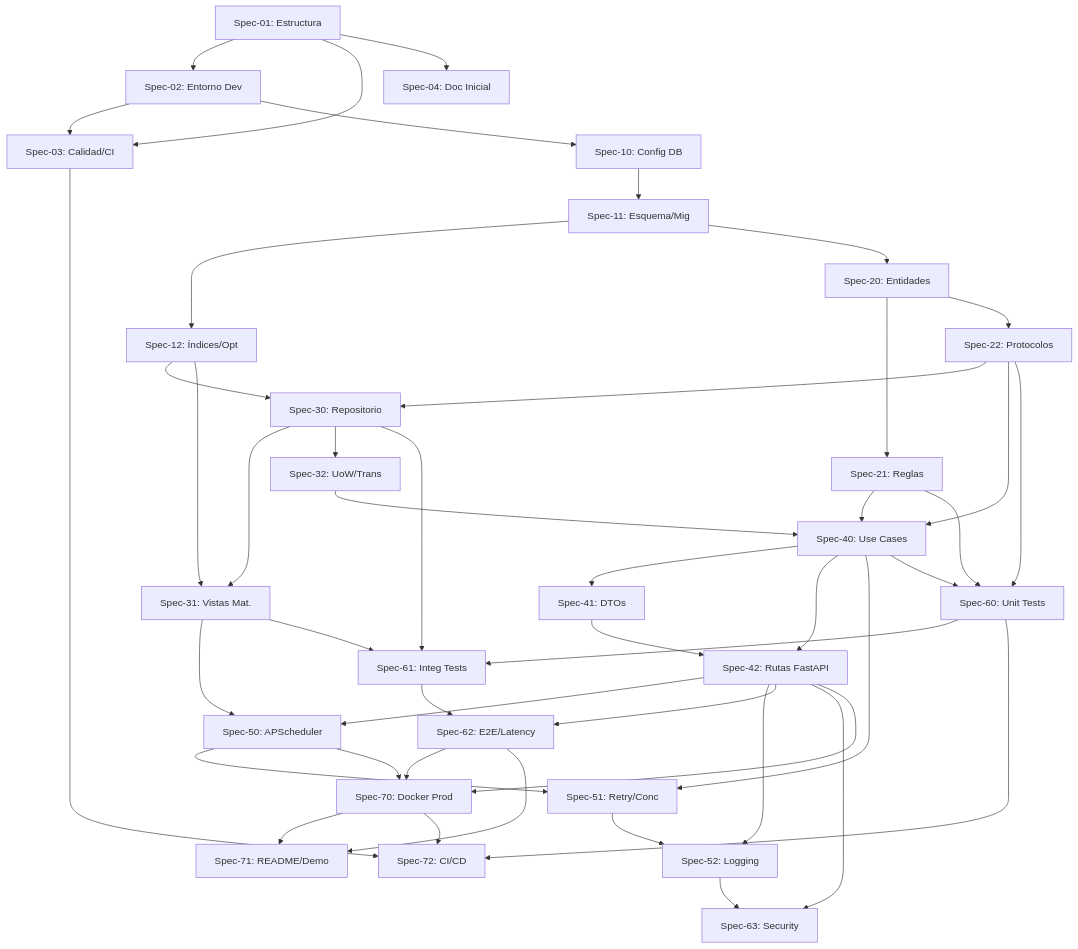
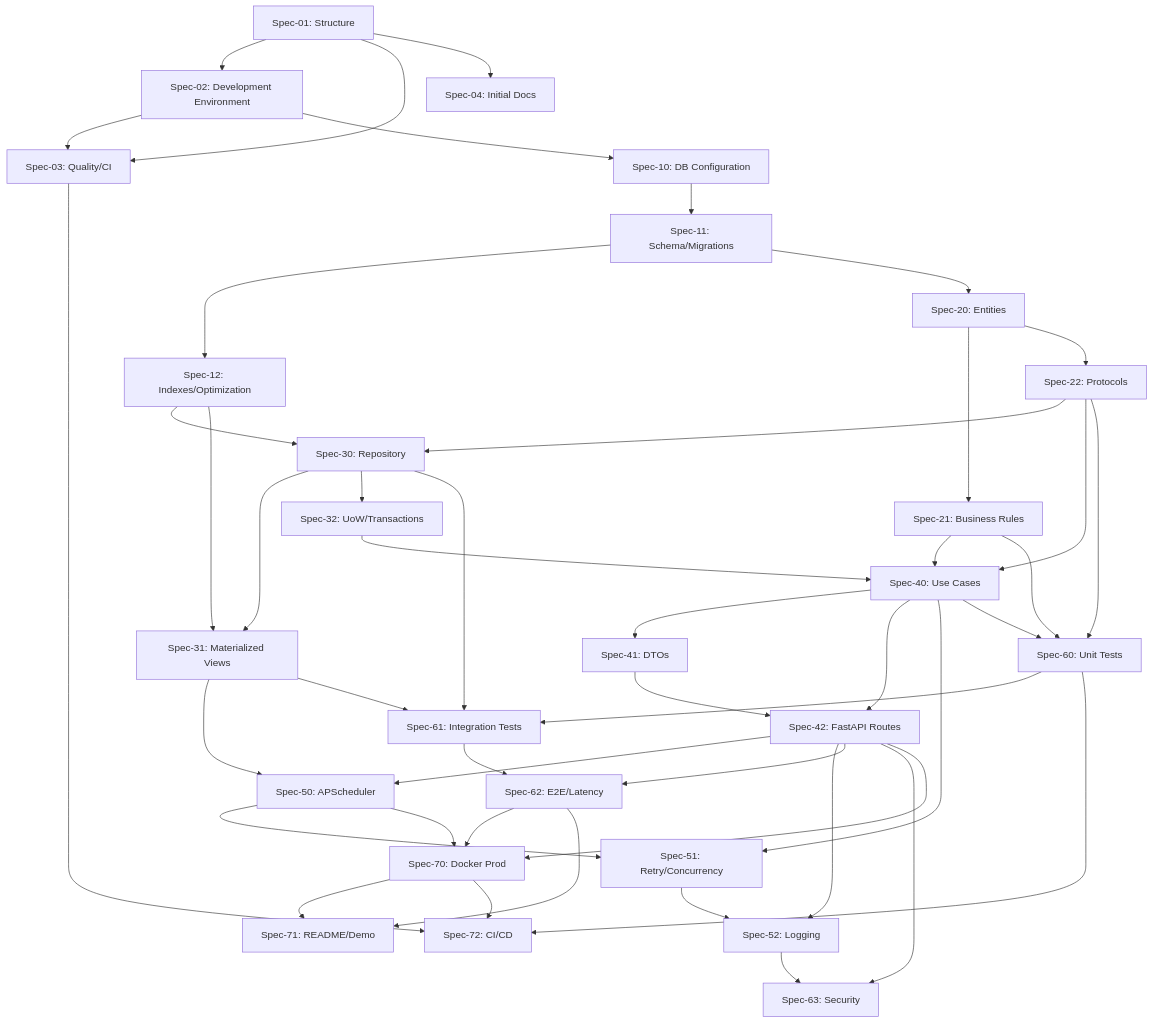
One commit to Fisherk2/esquema-stock-historial changed the diagram in docs/workflow/dependency-graphs.md. Above: the diagram before and after it, drawn with Mermaid. The commit also changed other lines of this file and 44 other files, not shown here.

````diff
--- a/docs/workflow/dependency-graphs.md
+++ b/docs/workflow/dependency-graphs.md
@@ -3,48 +3,48 @@
 ```mermaid
 graph TD
-    %% F0: Preparación
-    S01[Spec-01: Estructura]
-    S02[Spec-02: Entorno Dev]
-    S03[Spec-03: Calidad/CI]
-    S04[Spec-04: Doc Inicial]
+    %% F0: Preparation
+    S01[Spec-01: Structure]
+    S02[Spec-02: Development Environment]
+    S03[Spec-03: Quality/CI]
+    S04[Spec-04: Initial Docs]
 
-    %% F1: Infraestructura
-    S10[Spec-10: Config DB]
-    S11[Spec-11: Esquema/Mig]
-    S12[Spec-12: Índices/Opt]
+    %% F1: Infrastructure
+    S10[Spec-10: DB Configuration]
+    S11[Spec-11: Schema/Migrations]
+    S12[Spec-12: Indexes/Optimization]
 
-    %% F2: Núcleo
-    S20[Spec-20: Entidades]
-    S21[Spec-21: Reglas]
-    S22[Spec-22: Protocolos]
+    %% F2: Core
+    S20[Spec-20: Entities]
+    S21[Spec-21: Business Rules]
+    S22[Spec-22: Protocols]
 
-    %% F3: Adaptadores
-    S30[Spec-30: Repositorio]
-    S31[Spec-31: Vistas Mat.]
-    S32[Spec-32: UoW/Trans]
+    %% F3: Adapters
+    S30[Spec-30: Repository]
+    S31[Spec-31: Materialized Views]
+    S32[Spec-32: UoW/Transactions]
 
     %% F4: API
     S40[Spec-40: Use Cases]
     S41[Spec-41: DTOs]
-    S42[Spec-42: Rutas FastAPI]
+    S42[Spec-42: FastAPI Routes]
 
     %% F5: Scheduler
     S50[Spec-50: APScheduler]
-    S51[Spec-51: Retry/Conc]
+    S51[Spec-51: Retry/Concurrency]
     S52[Spec-52: Logging]
 
     %% F6: Testing
     S60[Spec-60: Unit Tests]
-    S61[Spec-61: Integ Tests]
+    S61[Spec-61: Integration Tests]
     S62[Spec-62: E2E/Latency]
     S63[Spec-63: Security]
 
-    %% F7: Despliegue
+    %% F7: Deployment
     S70[Spec-70: Docker Prod]
     S71[Spec-71: README/Demo]
     S72[Spec-72: CI/CD]
 
-    %% Dependencies (Prerrequisito -> Dependiente)
+    %% Dependencies (Prerequisite -> Dependent)
     S01 --> S02
     S02 --> S03
     S01 --> S03
````
